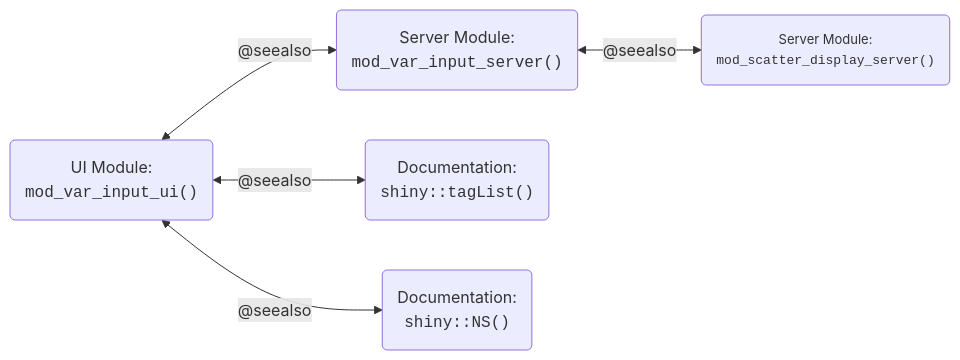
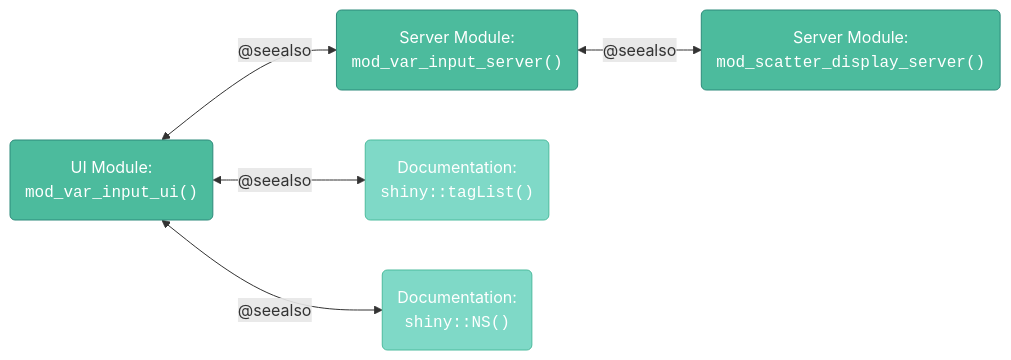
The second of 5 diagrams in document.qmd (mjfrigaard/shiny-app-pkgs), drawn with Mermaid before and after one commit. The commit also changed other lines of this file, not shown here.

First line of the commit message:
Style all 5 mermaid diagrams in document.qmd with teal palette

````diff
--- a/document.qmd
+++ b/document.qmd
@@ -658,18 +658,22 @@
 ```{mermaid}
 %%| fig-cap: ‘The `@seealso` tag’
 %%| fig-align: center
 %%{init: {‘theme’: ‘neutral’, ‘themeVariables’: { ‘fontFamily’: ‘monospace’, "fontSize":"13px"}}}%%
 flowchart LR
         mod_var_input_ui("UI Module:<br><code>mod_var_input_ui()</code>")
         mod_var_input_server("Server Module:<br><code>mod_var_input_server()</code>")
         mod_scatter_display_server("Server Module:<br><code>mod_scatter_display_server()</code>")
         tag("Documentation:<br><code>shiny::tagList()</code>")
         ns("Documentation:<br><code>shiny::NS()</code>")
 
     mod_var_input_ui <-->|"@seealso"|mod_var_input_server
     mod_var_input_ui <-->|"@seealso"|tag
     mod_var_input_ui <-->|"@seealso"|ns
     mod_var_input_server <-->|"@seealso"|mod_scatter_display_server
 
-    style mod_scatter_display_server font-size:13px
+    style mod_var_input_ui fill:#4CBB9D,color:#fff,stroke:#2d8a7a,stroke-width:1px
+    style mod_var_input_server fill:#4CBB9D,color:#fff,stroke:#2d8a7a,stroke-width:1px
+    style mod_scatter_display_server fill:#4CBB9D,color:#fff,stroke:#2d8a7a,stroke-width:1px
+    style tag fill:#7fd9c7,color:#fff,stroke:#4CBB9D,stroke-width:1px
+    style ns fill:#7fd9c7,color:#fff,stroke:#4CBB9D,stroke-width:1px
 ```
````
